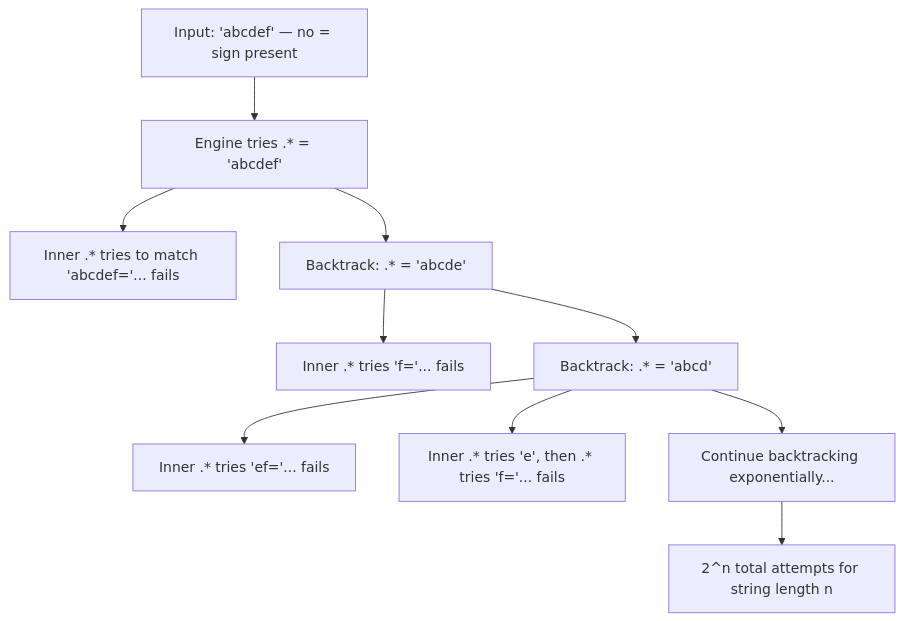
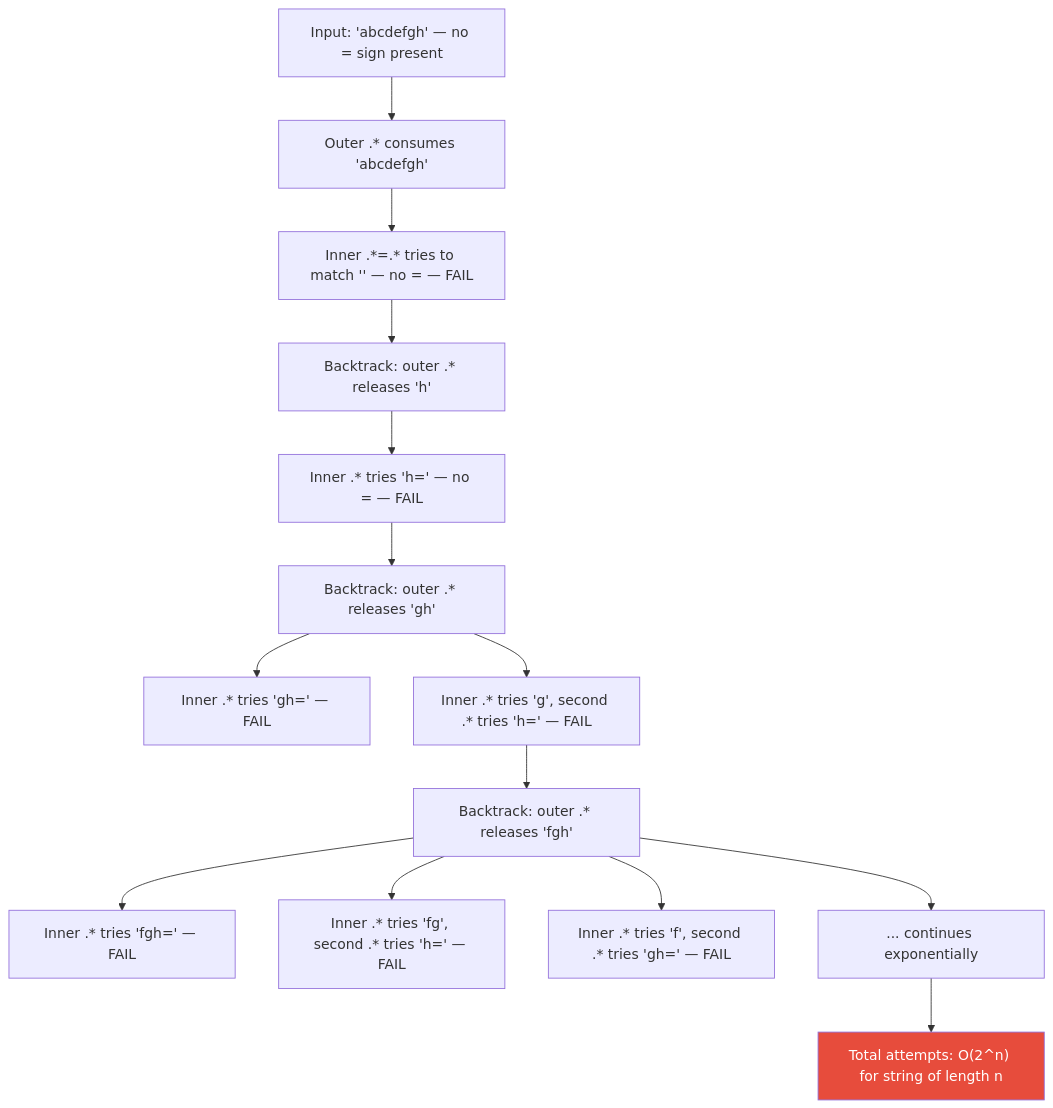
The second of 3 diagrams in docs/war-room/cloudflare-regex-2019.md (ayush-jadaun/knowledge-vault), drawn with Mermaid before and after one commit. The commit also changed other lines of this file and 8 other files, not shown here.

````diff
--- a/docs/war-room/cloudflare-regex-2019.md
+++ b/docs/war-room/cloudflare-regex-2019.md
@@ -100,12 +119,18 @@
 ```mermaid
 graph TD
-    A["Input: 'abcdef' — no = sign present"] --> B["Engine tries .* = 'abcdef'"]
-    B --> C["Inner .* tries to match 'abcdef='... fails"]
-    B --> D["Backtrack: .* = 'abcde'"]
-    D --> E["Inner .* tries 'f='... fails"]
-    D --> F["Backtrack: .* = 'abcd'"]
-    F --> G["Inner .* tries 'ef='... fails"]
-    F --> H["Inner .* tries 'e', then .* tries 'f='... fails"]
-    F --> I["Continue backtracking exponentially..."]
-    I --> J["2^n total attempts for string length n"]
+    A["Input: 'abcdefgh' — no = sign present"] --> B["Outer .* consumes 'abcdefgh'"]
+    B --> C["Inner .*=.* tries to match '' — no = — FAIL"]
+    C --> D["Backtrack: outer .* releases 'h'"]
+    D --> E["Inner .* tries 'h=' — no = — FAIL"]
+    E --> F["Backtrack: outer .* releases 'gh'"]
+    F --> G["Inner .* tries 'gh=' — FAIL"]
+    F --> H["Inner .* tries 'g', second .* tries 'h=' — FAIL"]
+    H --> I["Backtrack: outer .* releases 'fgh'"]
+    I --> J["Inner .* tries 'fgh=' — FAIL"]
+    I --> K["Inner .* tries 'fg', second .* tries 'h=' — FAIL"]
+    I --> L["Inner .* tries 'f', second .* tries 'gh=' — FAIL"]
+    I --> M["... continues exponentially"]
+    M --> N["Total attempts: O(2^n) for string of length n"]
+
+    style N fill:#e74c3c,color:#fff
 ```
````
